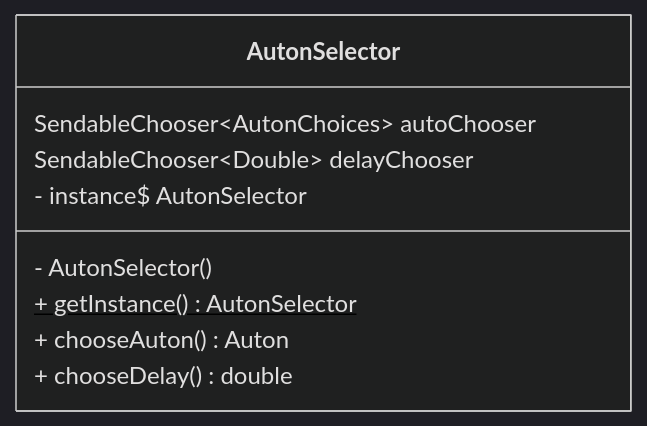
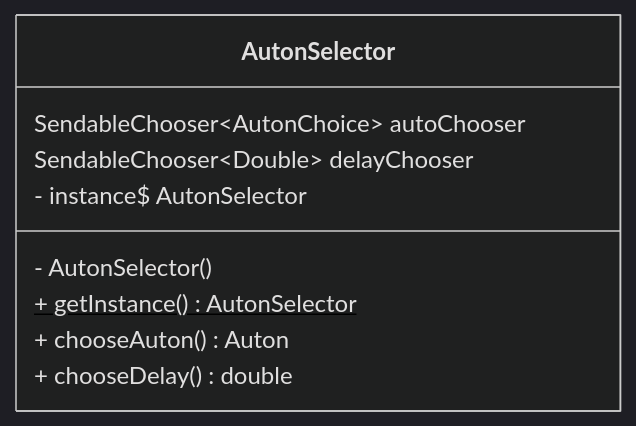
The diagram in src/uml/frc/robot/autons/AutonSelector.mmd (LakotaRobotics1038/2026RobotProject), drawn with Mermaid (dark theme) before and after one commit. The commit also changed 6 other files, not shown here.

Commit message:
Update UML

```diff
--- a/src/uml/frc/robot/autons/AutonSelector.mmd
+++ b/src/uml/frc/robot/autons/AutonSelector.mmd
@@ -1,12 +1,12 @@
 classDiagram
   direction LR
 
   class AutonSelector {
-    SendableChooser~AutonChoices~ autoChooser
+    SendableChooser~AutonChoice~ autoChooser
     SendableChooser~Double~ delayChooser
     - instance$ AutonSelector
     - AutonSelector()
     + getInstance()$ AutonSelector
     + chooseAuton() Auton
     + chooseDelay() double
   }
```
